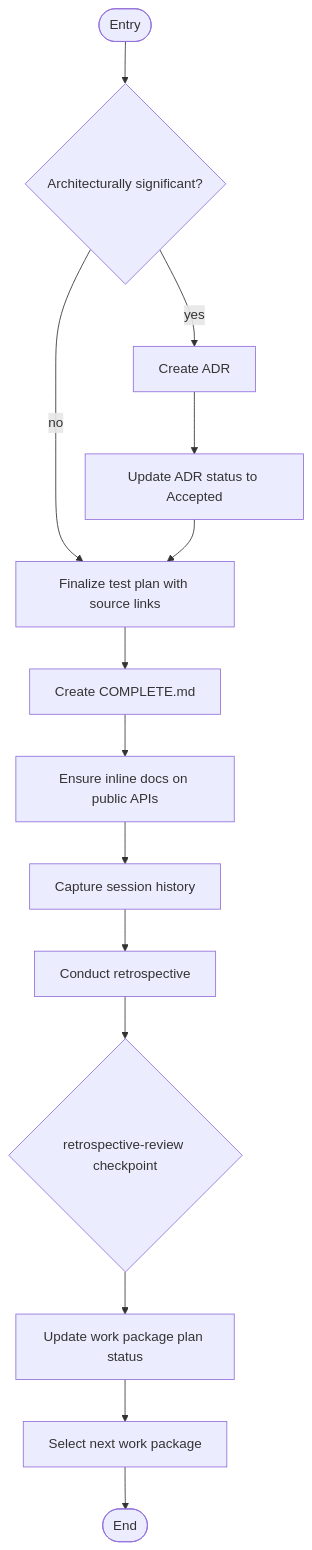
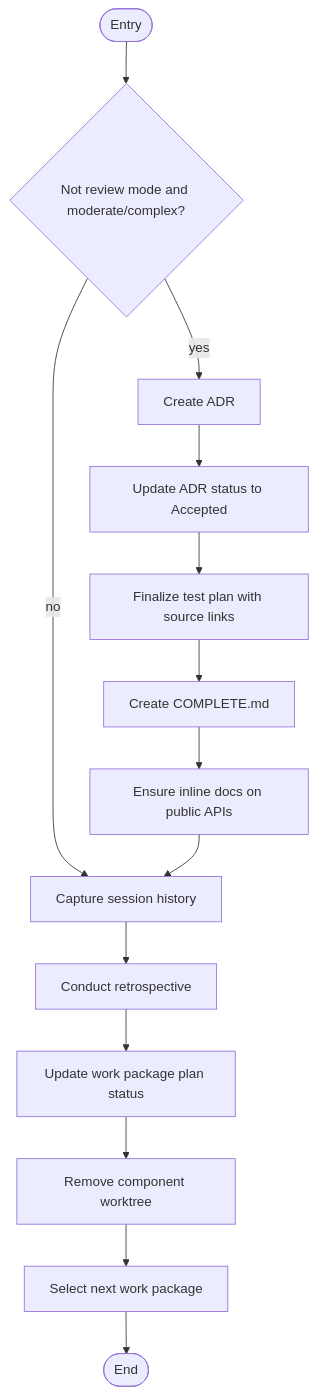
Before and after one commit to m2ux/workflow-server: diagram 13 of 14 in work-package/activities/README.md, drawn with Mermaid. The commit also changed other lines of this file and 48 other files, not shown here.

First line of the commit message:
feat(work-package): author step-binding techniques and complete the migration

````diff
--- a/work-package/activities/README.md
+++ b/work-package/activities/README.md
@@ -884,18 +875,17 @@
 ```mermaid
 graph TD
-    entryNode(["Entry"]) --> checkADR{"Architecturally significant?"}
+    entryNode(["Entry"]) --> checkADR{"Not review mode and moderate/complex?"}
     checkADR -->|"yes"| createADR["Create ADR"]
-    checkADR -->|"no"| finalizeTestPlan
+    createADR --> updateADR["Update ADR status to Accepted"]
+    updateADR --> finalizeTestPlan
+    checkADR -->|"no"| captureHistory
 
-    createADR --> updateADR["Update ADR status to Accepted"]
-    updateADR --> finalizeTestPlan["Finalize test plan with source links"]
-
-    finalizeTestPlan --> createComplete["Create COMPLETE.md"]
+    finalizeTestPlan["Finalize test plan with source links"] --> createComplete["Create COMPLETE.md"]
     createComplete --> ensureDocs["Ensure inline docs on public APIs"]
     ensureDocs --> captureHistory["Capture session history"]
     captureHistory --> retrospective["Conduct retrospective"]
-    retrospective --> cpRetro{"retrospective-review checkpoint"}
-    cpRetro --> updateStatus["Update work package plan status"]
-    updateStatus --> selectNext["Select next work package"]
+    retrospective --> updateStatus["Update work package plan status"]
+    updateStatus --> removeWorktree["Remove component worktree"]
+    removeWorktree --> selectNext["Select next work package"]
     selectNext --> doneNode(["End"])
 ```
````
